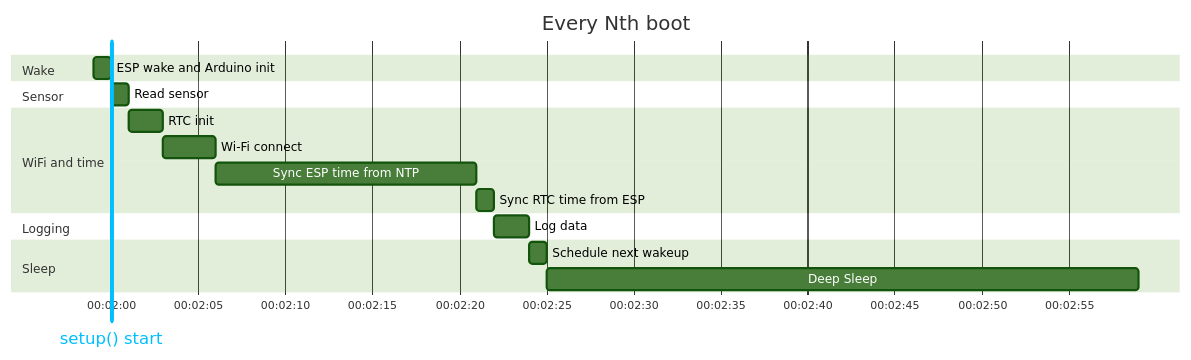
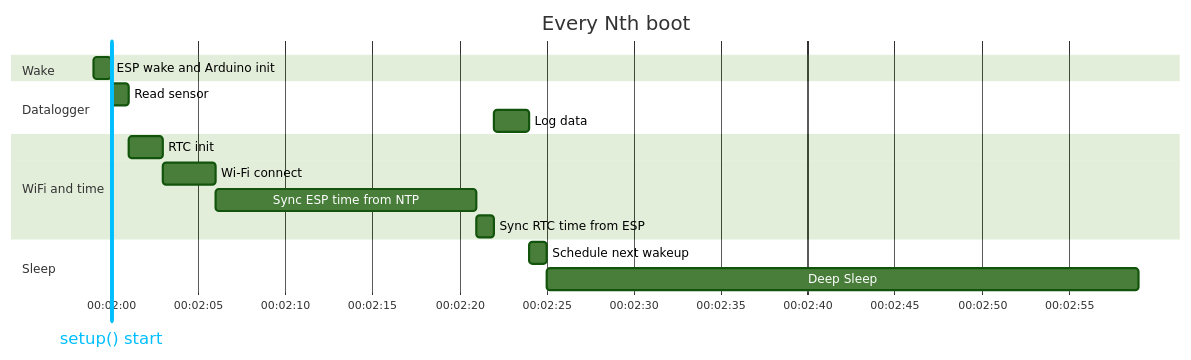
Before and after one commit to hamk-uas/esp32c3-arduino-sensor-iot-skeleton: the third of 4 diagrams in README.md, drawn with Mermaid (forest theme). The commit also changed other lines of this file, not shown here.

Commit message:
Rename 'Sensor' section to 'Datalogger'

````diff
--- a/README.md
+++ b/README.md
@@ -178,28 +176,26 @@
 ```mermaid
 gantt
     title Every Nth boot
 
     dateFormat ms
     axisFormat 00:%M:%S
 
     setup() start : vert, setup_start, 2026-01-01T00:02:00, 0s
 
     section Wake
     ESP wake and Arduino init   :wake, 2026-01-01T00:01:59, 1s
 
-    section Sensor
+    section Datalogger
     Read sensor                      :sensor, after wake, 1s
+    Log data                         :log, after rtcu, 2s
 
     section WiFi and time
     RTC init                         :rtc, after sensor, 2s
     Wi-Fi connect                    :wifi, after rtc, 3s
     Sync ESP time from NTP           :ntp, after wifi, 15s
     Sync RTC time from ESP           :rtcu, after ntp, 1s
 
-    section Logging
-    Log data                         :log, after rtcu, 2s
-
     section Sleep
     Schedule next wakeup             :sleepcalc, after log, 1s
     Deep Sleep                       :sleep, after sleepcalc, 34s
 ```
````
